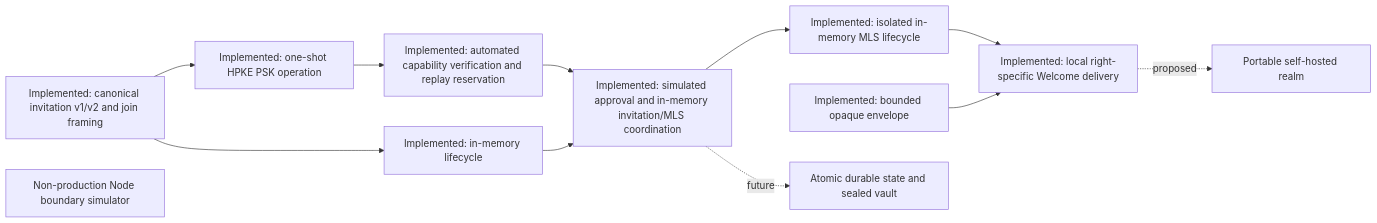
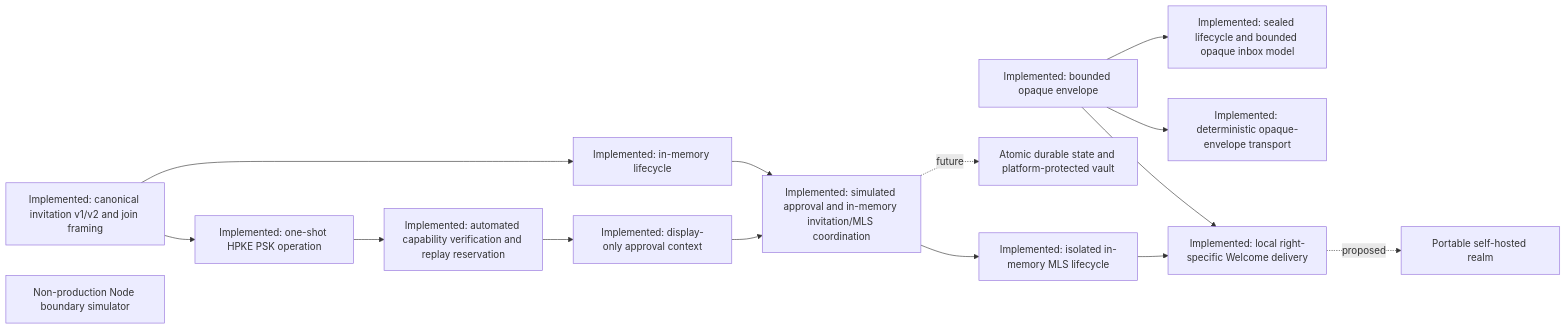
One commit to dills122/session-chat changed the diagram in docs/INDEPENDENT_AUDIT_BRIEF.md. Above: the diagram before and after it, drawn with Mermaid. The commit also changed other lines of this file and 58 other files, not shown here.

````diff
--- a/docs/INDEPENDENT_AUDIT_BRIEF.md
+++ b/docs/INDEPENDENT_AUDIT_BRIEF.md
@@ -84,16 +100,20 @@
 ```mermaid
 flowchart LR
   I["Implemented: canonical invitation v1/v2 and join framing"] --> P["Implemented: one-shot HPKE PSK operation"]
   P --> C["Implemented: automated capability verification and replay reservation"]
   I --> R["Implemented: in-memory lifecycle"]
   E["Implemented: bounded opaque envelope"]
   M["Implemented: isolated in-memory MLS lifecycle"]
+  D["Implemented: deterministic opaque-envelope transport"]
   N["Non-production Node boundary simulator"]
-  C --> A["Implemented: simulated approval and in-memory invitation/MLS coordination"]
+  C --> O["Implemented: display-only approval context"]
+  O --> A["Implemented: simulated approval and in-memory invitation/MLS coordination"]
   R --> A
   A --> M
   M --> T["Implemented: local right-specific Welcome delivery"]
   E --> T
-  A -. future .-> V["Atomic durable state and sealed vault"]
+  E --> D
+  E --> V["Implemented: sealed lifecycle and bounded opaque inbox model"]
+  A -. future .-> S["Atomic durable state and platform-protected vault"]
   T -. proposed .-> H["Portable self-hosted realm"]
 ```
````
